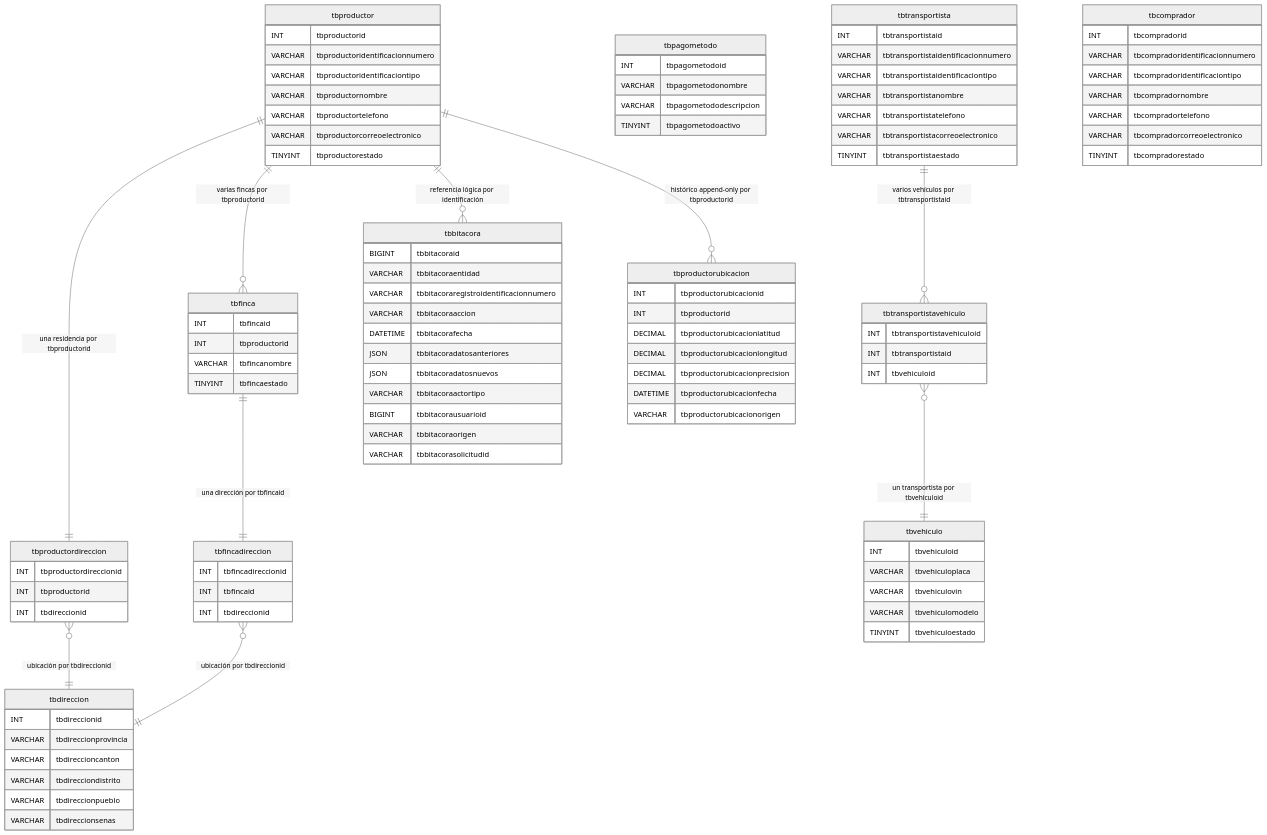
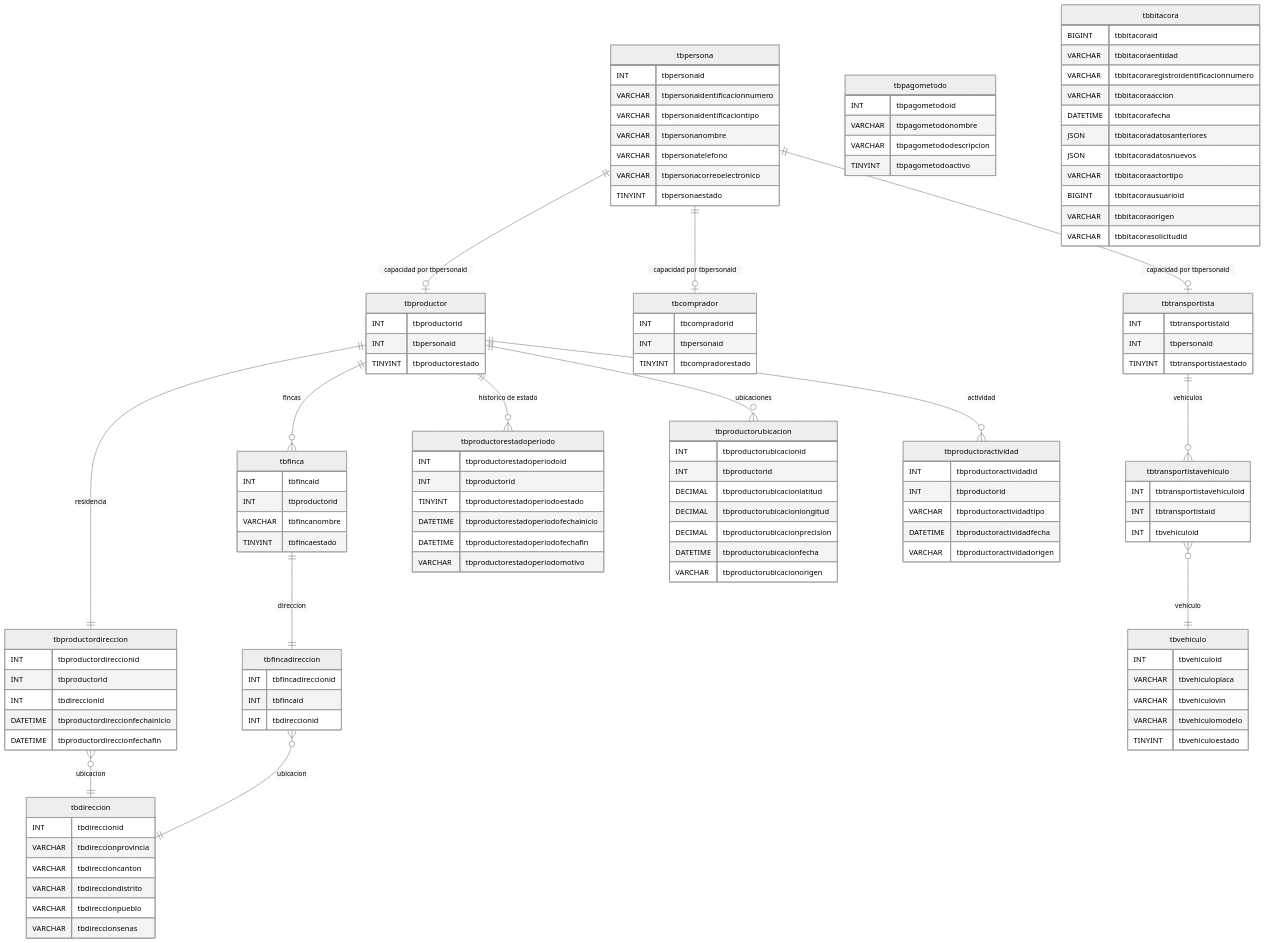
One commit to DilanRC/Proyecto-Paradigmas changed the diagram in Documentation/DER.md. Above: the diagram before and after it, drawn with Mermaid (neutral theme). The commit also changed other lines of this file and 53 other files, not shown here.

````diff
--- a/Documentation/DER.md
+++ b/Documentation/DER.md
@@ -3,103 +3,40 @@
 ```mermaid
 erDiagram
-    tbproductor {
-        INT tbproductorid
-        VARCHAR tbproductoridentificacionnumero
-        VARCHAR tbproductoridentificaciontipo
-        VARCHAR tbproductornombre
-        VARCHAR tbproductortelefono
-        VARCHAR tbproductorcorreoelectronico
-        TINYINT tbproductorestado
+    tbpersona {
+        INT tbpersonaid
+        VARCHAR tbpersonaidentificacionnumero
+        VARCHAR tbpersonaidentificaciontipo
+        VARCHAR tbpersonanombre
+        VARCHAR tbpersonatelefono
+        VARCHAR tbpersonacorreoelectronico
+        TINYINT tbpersonaestado
     }
-    tbproductordireccion {
-        INT tbproductordireccionid
-        INT tbproductorid
-        INT tbdireccionid
-    }
-    tbdireccion {
-        INT tbdireccionid
-        VARCHAR tbdireccionprovincia
-        VARCHAR tbdireccioncanton
-        VARCHAR tbdirecciondistrito
-        VARCHAR tbdireccionpueblo
-        VARCHAR tbdireccionsenas
-    }
-    tbfinca {
-        INT tbfincaid
-        INT tbproductorid
-        VARCHAR tbfincanombre
-        TINYINT tbfincaestado
-    }
-    tbfincadireccion {
-        INT tbfincadireccionid
-        INT tbfincaid
-        INT tbdireccionid
-    }
-    tbpagometodo {
-        INT tbpagometodoid
-        VARCHAR tbpagometodonombre
-        VARCHAR tbpagometododescripcion
-        TINYINT tbpagometodoactivo
-    }
-    tbtransportista {
-        INT tbtransportistaid
-        VARCHAR tbtransportistaidentificacionnumero
-        VARCHAR tbtransportistaidentificaciontipo
-        VARCHAR tbtransportistanombre
-        VARCHAR tbtransportistatelefono
-        VARCHAR tbtransportistacorreoelectronico
-        TINYINT tbtransportistaestado
-    }
-    tbvehiculo {
-        INT tbvehiculoid
-        VARCHAR tbvehiculoplaca
-        VARCHAR tbvehiculovin
-        VARCHAR tbvehiculomodelo
-        TINYINT tbvehiculoestado
-    }
-    tbtransportistavehiculo {
-        INT tbtransportistavehiculoid
-        INT tbtransportistaid
-        INT tbvehiculoid
-    }
-    tbbitacora {
-        BIGINT tbbitacoraid
-        VARCHAR tbbitacoraentidad
-        VARCHAR tbbitacoraregistroidentificacionnumero
-        VARCHAR tbbitacoraaccion
-        DATETIME tbbitacorafecha
-        JSON tbbitacoradatosanteriores
-        JSON tbbitacoradatosnuevos
-        VARCHAR tbbitacoraactortipo
-        BIGINT tbbitacorausuarioid
-        VARCHAR tbbitacoraorigen
-        VARCHAR tbbitacorasolicitudid
-    }
-    tbcomprador {
-        INT tbcompradorid
-        VARCHAR tbcompradoridentificacionnumero
-        VARCHAR tbcompradoridentificaciontipo
-        VARCHAR tbcompradornombre
-        VARCHAR tbcompradortelefono
-        VARCHAR tbcompradorcorreoelectronico
-        TINYINT tbcompradorestado
-    }
-    tbproductorubicacion {
-        INT tbproductorubicacionid
-        INT tbproductorid
-        DECIMAL tbproductorubicacionlatitud
-        DECIMAL tbproductorubicacionlongitud
-        DECIMAL tbproductorubicacionprecision
-        DATETIME tbproductorubicacionfecha
-        VARCHAR tbproductorubicacionorigen
-    }
-    tbproductor ||--|| tbproductordireccion : "una residencia por tbproductorid"
-    tbproductordireccion }o--|| tbdireccion : "ubicación por tbdireccionid"
-    tbproductor ||--o{ tbfinca : "varias fincas por tbproductorid"
-    tbfinca ||--|| tbfincadireccion : "una dirección por tbfincaid"
-    tbfincadireccion }o--|| tbdireccion : "ubicación por tbdireccionid"
-    tbtransportista ||--o{ tbtransportistavehiculo : "varios vehículos por tbtransportistaid"
-    tbtransportistavehiculo }o--|| tbvehiculo : "un transportista por tbvehiculoid"
-    tbproductor ||--o{ tbbitacora : "referencia lógica por identificación"
-    tbproductor ||--o{ tbproductorubicacion : "histórico append-only por tbproductorid"
+    tbproductor { INT tbproductorid INT tbpersonaid TINYINT tbproductorestado }
+    tbcomprador { INT tbcompradorid INT tbpersonaid TINYINT tbcompradorestado }
+    tbtransportista { INT tbtransportistaid INT tbpersonaid TINYINT tbtransportistaestado }
+    tbproductordireccion { INT tbproductordireccionid INT tbproductorid INT tbdireccionid DATETIME tbproductordireccionfechainicio DATETIME tbproductordireccionfechafin }
+    tbdireccion { INT tbdireccionid VARCHAR tbdireccionprovincia VARCHAR tbdireccioncanton VARCHAR tbdirecciondistrito VARCHAR tbdireccionpueblo VARCHAR tbdireccionsenas }
+    tbfinca { INT tbfincaid INT tbproductorid VARCHAR tbfincanombre TINYINT tbfincaestado }
+    tbfincadireccion { INT tbfincadireccionid INT tbfincaid INT tbdireccionid }
+    tbpagometodo { INT tbpagometodoid VARCHAR tbpagometodonombre VARCHAR tbpagometododescripcion TINYINT tbpagometodoactivo }
+    tbvehiculo { INT tbvehiculoid VARCHAR tbvehiculoplaca VARCHAR tbvehiculovin VARCHAR tbvehiculomodelo TINYINT tbvehiculoestado }
+    tbtransportistavehiculo { INT tbtransportistavehiculoid INT tbtransportistaid INT tbvehiculoid }
+    tbproductorestadoperiodo { INT tbproductorestadoperiodoid INT tbproductorid TINYINT tbproductorestadoperiodoestado DATETIME tbproductorestadoperiodofechainicio DATETIME tbproductorestadoperiodofechafin VARCHAR tbproductorestadoperiodomotivo }
+    tbproductorubicacion { INT tbproductorubicacionid INT tbproductorid DECIMAL tbproductorubicacionlatitud DECIMAL tbproductorubicacionlongitud DECIMAL tbproductorubicacionprecision DATETIME tbproductorubicacionfecha VARCHAR tbproductorubicacionorigen }
+    tbproductoractividad { INT tbproductoractividadid INT tbproductorid VARCHAR tbproductoractividadtipo DATETIME tbproductoractividadfecha VARCHAR tbproductoractividadorigen }
+    tbbitacora { BIGINT tbbitacoraid VARCHAR tbbitacoraentidad VARCHAR tbbitacoraregistroidentificacionnumero VARCHAR tbbitacoraaccion DATETIME tbbitacorafecha JSON tbbitacoradatosanteriores JSON tbbitacoradatosnuevos VARCHAR tbbitacoraactortipo BIGINT tbbitacorausuarioid VARCHAR tbbitacoraorigen VARCHAR tbbitacorasolicitudid }
+
+    tbpersona ||--o| tbproductor : "capacidad por tbpersonaid"
+    tbpersona ||--o| tbcomprador : "capacidad por tbpersonaid"
+    tbpersona ||--o| tbtransportista : "capacidad por tbpersonaid"
+    tbproductor ||--|| tbproductordireccion : "residencia"
+    tbproductordireccion }o--|| tbdireccion : "ubicacion"
+    tbproductor ||--o{ tbfinca : "fincas"
+    tbfinca ||--|| tbfincadireccion : "direccion"
+    tbfincadireccion }o--|| tbdireccion : "ubicacion"
+    tbtransportista ||--o{ tbtransportistavehiculo : "vehiculos"
+    tbtransportistavehiculo }o--|| tbvehiculo : "vehiculo"
+    tbproductor ||--o{ tbproductorestadoperiodo : "historico de estado"
+    tbproductor ||--o{ tbproductorubicacion : "ubicaciones"
+    tbproductor ||--o{ tbproductoractividad : "actividad"
 ```
````
